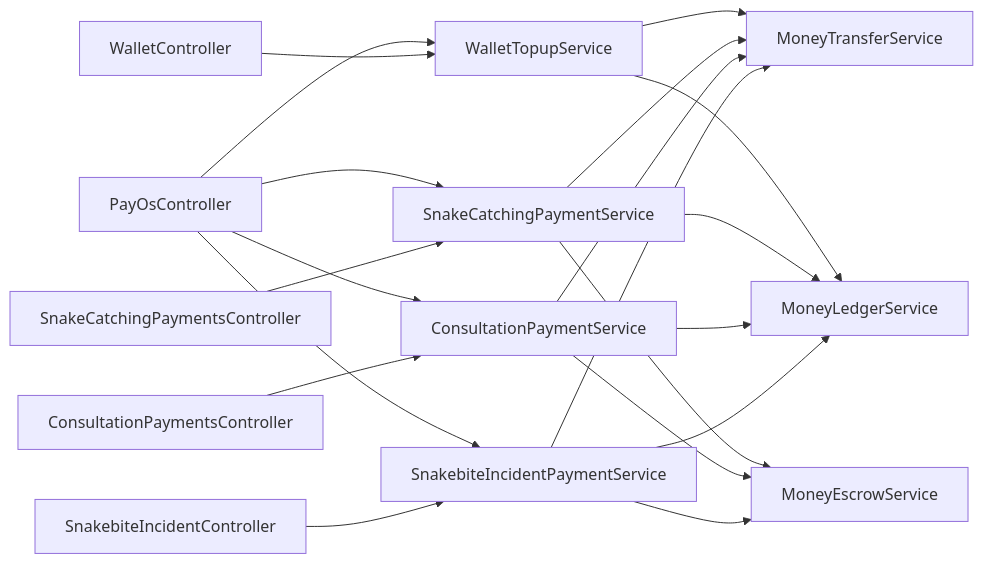
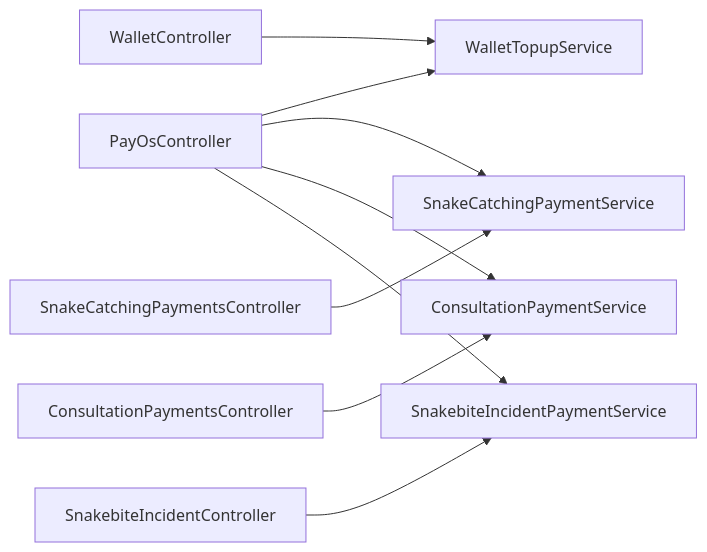
The first of 5 diagrams in Docs/05-Backend/02-layers/money-aspect/money-aspect.sourcemap.md (Snake-AID/SnakeAid.Docs), drawn with Mermaid before and after one commit. The commit also changed other lines of this file and 1 other file, not shown here.

Commit message:
feat(docs): update money aspect sourcemap and refactoring documentation to clarify ownership and shared primitive boundaries

````diff
--- a/Docs/05-Backend/02-layers/money-aspect/money-aspect.sourcemap.md
+++ b/Docs/05-Backend/02-layers/money-aspect/money-aspect.sourcemap.md
@@ -35,27 +35,12 @@
 ```mermaid
 flowchart LR
     PayOsController --> WalletTopupService
     PayOsController --> SnakeCatchingPaymentService
     PayOsController --> ConsultationPaymentService
     PayOsController --> SnakebiteIncidentPaymentService
 
     WalletController --> WalletTopupService
     SnakeCatchingPaymentsController --> SnakeCatchingPaymentService
     ConsultationPaymentsController --> ConsultationPaymentService
     SnakebiteIncidentController --> SnakebiteIncidentPaymentService
-
-    WalletTopupService --> MoneyTransferService
-    WalletTopupService --> MoneyLedgerService
-
-    SnakeCatchingPaymentService --> MoneyEscrowService
-    SnakeCatchingPaymentService --> MoneyTransferService
-    SnakeCatchingPaymentService --> MoneyLedgerService
-
-    ConsultationPaymentService --> MoneyEscrowService
-    ConsultationPaymentService --> MoneyTransferService
-    ConsultationPaymentService --> MoneyLedgerService
-
-    SnakebiteIncidentPaymentService --> MoneyEscrowService
-    SnakebiteIncidentPaymentService --> MoneyTransferService
-    SnakebiteIncidentPaymentService --> MoneyLedgerService
 ```
````
